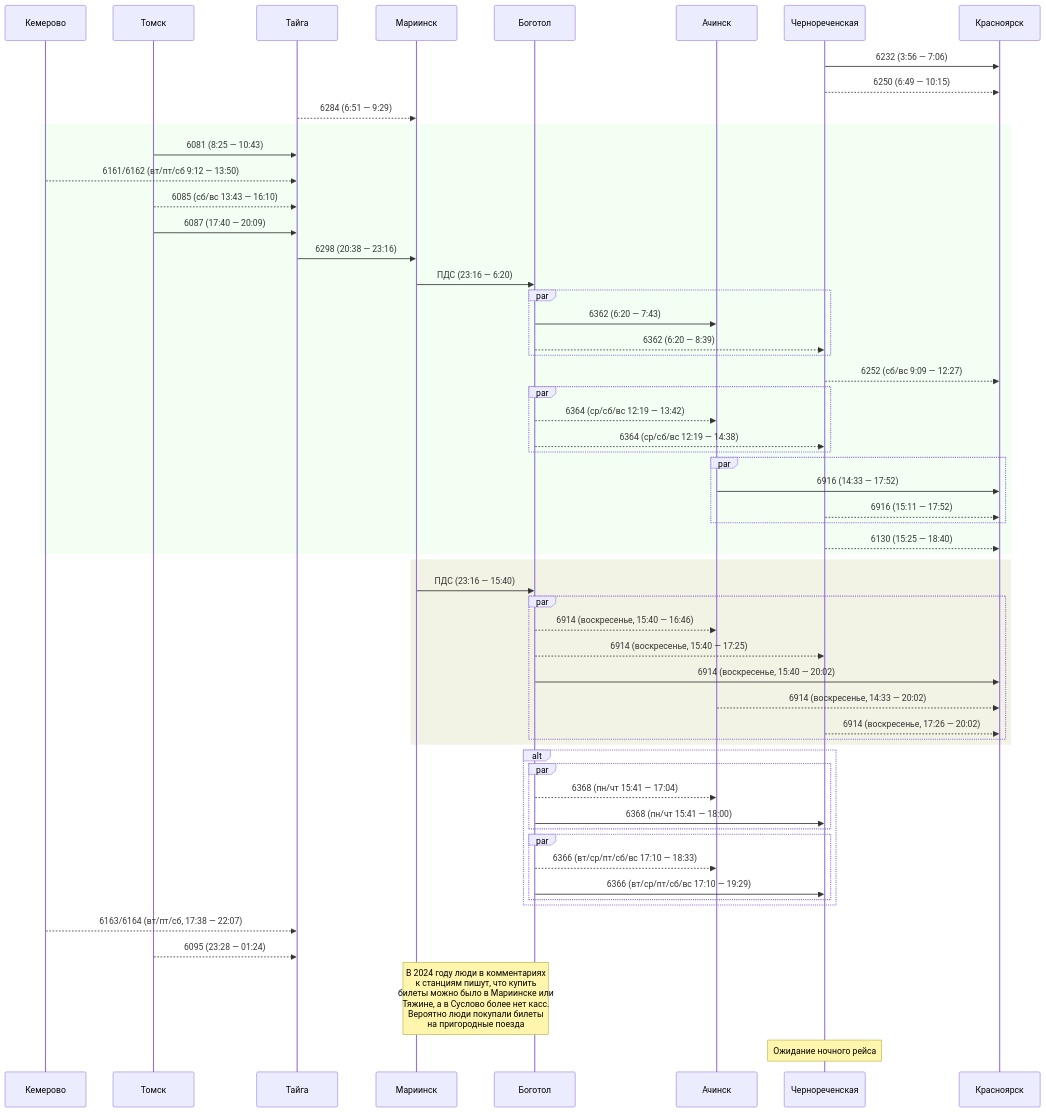
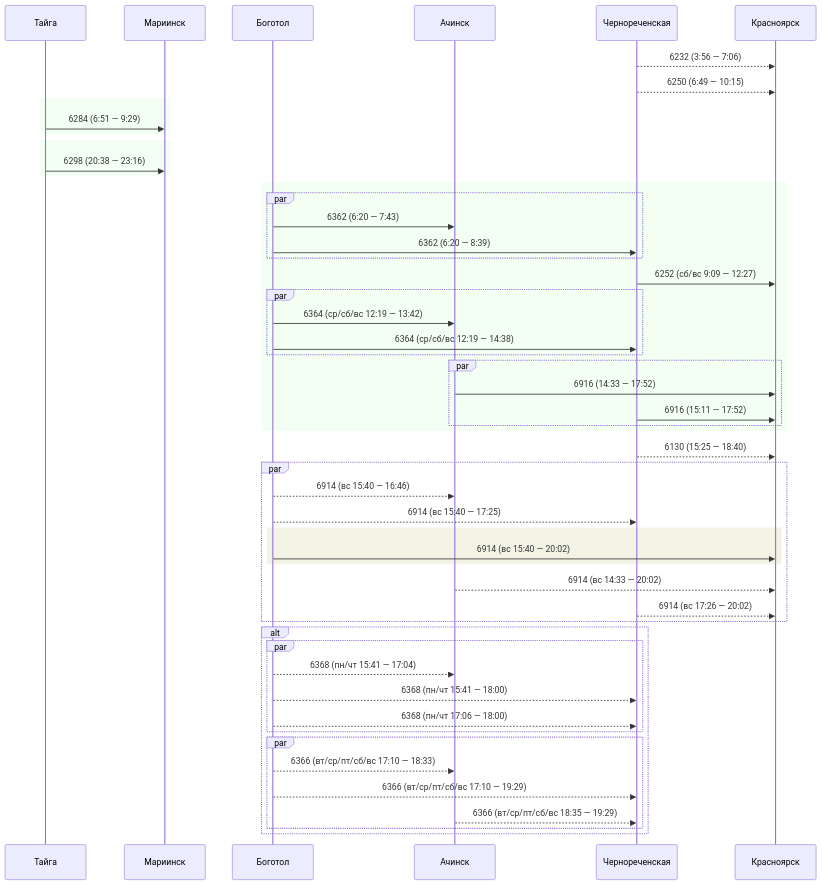
Before and after one commit to u0feff/Pezda: the fourth of 18 diagrams in Schedule/Eastbound.md, drawn with Mermaid. The commit also changed other lines of this file and 7 other files, not shown here.

````diff
--- a/Schedule/Eastbound.md
+++ b/Schedule/Eastbound.md
@@ -188,78 +175,63 @@
 ```mermaid
 sequenceDiagram
-    participant Кемерово
-    participant Томск
     participant Тайга
     participant Мариинск
     participant Боготол
     participant Ачинск
     participant Чернореченская
     participant Красноярск
 
-    Чернореченская->>Красноярск: 6232 (3:56 — 7:06)
+    Чернореченская-->>Красноярск: 6232 (3:56 — 7:06)
 
     Чернореченская-->>Красноярск: 6250 (6:49 — 10:15)
 
-    Тайга-->>Мариинск: 6284 (6:51 — 9:29)
+    rect rgba(0, 255, 0, 0.05)
+    Тайга->>Мариинск: 6284 (6:51 — 9:29)
+    end
 
     rect rgba(0, 255, 0, 0.05)
-    Томск->>Тайга: 6081 (8:25 — 10:43)
+    Тайга->>Мариинск: 6298 (20:38 — 23:16)
+    end
 
-    Кемерово-->>Тайга: 6161/6162 (вт/пт/сб 9:12 — 13:50)
-
-    Томск-->>Тайга: 6085 (сб/вс 13:43 — 16:10)
-
-    Томск->>Тайга: 6087 (17:40 — 20:09)
-    Тайга->>Мариинск: 6298 (20:38 — 23:16)
-
-    Мариинск->>Боготол: ПДС (23:16 — 6:20)
-
+    rect rgba(0, 255, 0, 0.05)
     par
     Боготол->>Ачинск: 6362 (6:20 — 7:43)
-    Боготол-->>Чернореченская: 6362 (6:20 — 8:39)
+    Боготол->>Чернореченская: 6362 (6:20 — 8:39)
     end
-    Чернореченская-->>Красноярск: 6252 (сб/вс 9:09 — 12:27)
-
+    Чернореченская->>Красноярск: 6252 (сб/вс 9:09 — 12:27)
     par
-    Боготол-->>Ачинск: 6364 (ср/сб/вс 12:19 — 13:42)
-    Боготол-->>Чернореченская: 6364 (ср/сб/вс 12:19 — 14:38)
+    Боготол->>Ачинск: 6364 (ср/сб/вс 12:19 — 13:42)
+    Боготол->>Чернореченская: 6364 (ср/сб/вс 12:19 — 14:38)
     end
-
     par
     Ачинск->>Красноярск: 6916 (14:33 — 17:52)
-    Чернореченская-->>Красноярск: 6916 (15:11 — 17:52)
+    Чернореченская->>Красноярск: 6916 (15:11 — 17:52)
+    end
     end
 
     Чернореченская-->>Красноярск: 6130 (15:25 — 18:40)
+
+    par
+    Боготол-->>Ачинск: 6914 (вс 15:40 — 16:46)
+    Боготол-->>Чернореченская: 6914 (вс 15:40 — 17:25)
+    rect rgba(127, 127, 0, 0.1)
+    Боготол->>Красноярск: 6914 (вс 15:40 — 20:02)
     end
-
-    rect rgba(127, 127, 0, 0.1)
-    Мариинск->>Боготол: ПДС (23:16 — 15:40)
-    par
-    Боготол-->>Ачинск: 6914 (воскресенье, 15:40 — 16:46)
-    Боготол-->>Чернореченская: 6914 (воскресенье, 15:40 — 17:25)
-    Боготол->>Красноярск: 6914 (воскресенье, 15:40 — 20:02)
-    Ачинск-->>Красноярск: 6914 (воскресенье, 14:33 — 20:02)
-    Чернореченская-->>Красноярск: 6914 (воскресенье, 17:26 — 20:02)
-    end
+    Ачинск-->>Красноярск: 6914 (вс 14:33 — 20:02)
+    Чернореченская-->>Красноярск: 6914 (вс 17:26 — 20:02)
     end
 
     alt
     par
     Боготол-->>Ачинск: 6368 (пн/чт 15:41 — 17:04)
-    Боготол->>Чернореченская: 6368 (пн/чт 15:41 — 18:00)
+    Боготол-->>Чернореченская: 6368 (пн/чт 15:41 — 18:00)
+    Боготол-->>Чернореченская: 6368 (пн/чт 17:06 — 18:00)
     end
 
     par
     Боготол-->>Ачинск: 6366 (вт/ср/пт/сб/вс 17:10 — 18:33)
-    Боготол->>Чернореченская: 6366 (вт/ср/пт/сб/вс 17:10 — 19:29)
+    Боготол-->>Чернореченская: 6366 (вт/ср/пт/сб/вс 17:10 — 19:29)
+    Ачинск-->>Чернореченская: 6366 (вт/ср/пт/сб/вс 18:35 — 19:29)
     end
     end
-
-    Кемерово-->>Тайга: 6163/6164 (вт/пт/сб, 17:38 — 22:07)
-
-    Томск-->>Тайга: 6095 (23:28 — 01:24)
-
-    Note over Мариинск,Боготол: В 2024 году люди в комментариях<br>к станциям пишут, что купить<br>билеты можно было в Мариинске или<br>Тяжине, а в Суслово более нет касс.<br>Вероятно люди покупали билеты<br>на пригородные поезда
-    Note over Чернореченская: Ожидание ночного рейса
 ```
````
